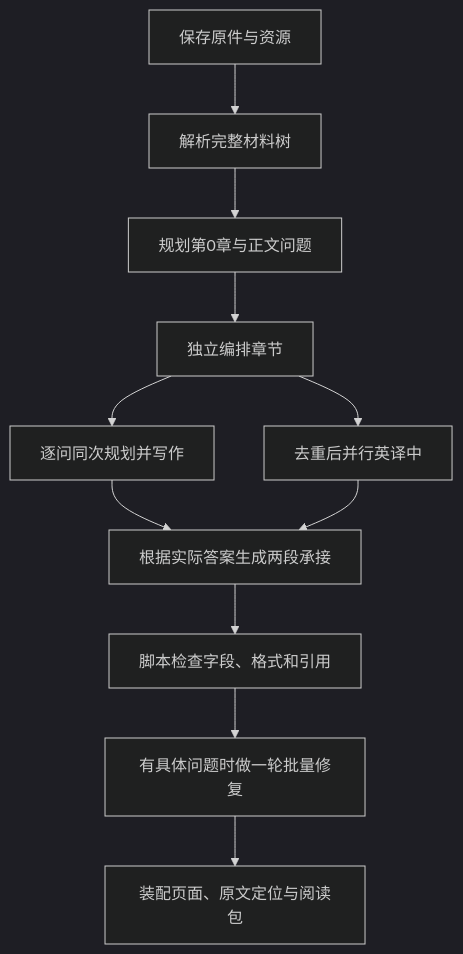
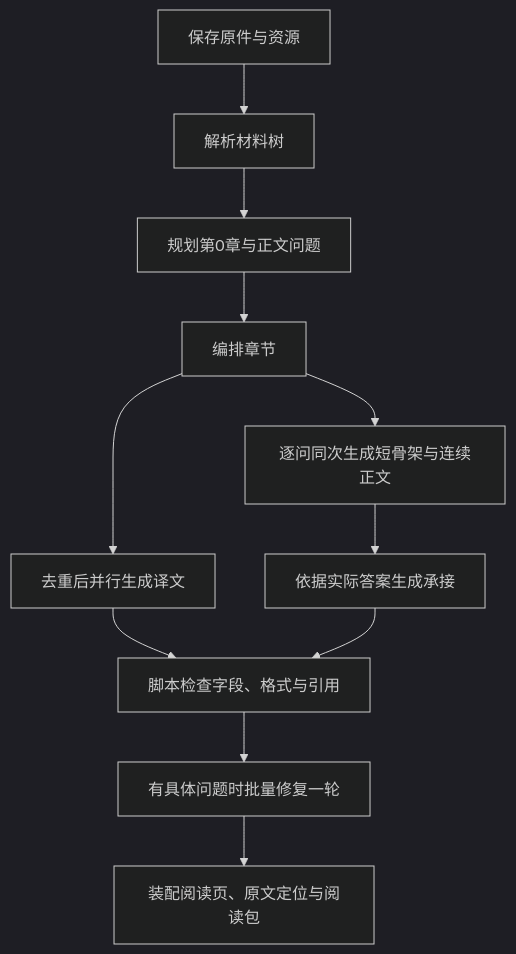
The diagram in README.md (AIALRA-0/AIALRA-LessonWeave), drawn with Mermaid (dark theme) before and after one commit. The commit also changed other lines of this file and 528 other files, not shown here.

````diff
--- a/README.md
+++ b/README.md
@@ -49,13 +53,14 @@
 ```mermaid
+%% 图示先保存和解析材料，再规划问题、写作、检查并装配读本
 flowchart TD
-    A[保存原件与资源] --> B[解析完整材料树]
+    A[保存原件与资源] --> B[解析材料树]
     B --> C[规划第0章与正文问题]
-    C --> D[独立编排章节]
-    D --> E[逐问同次规划并写作]
-    D --> T[去重后并行英译中]
-    E --> F[根据实际答案生成两段承接]
-    T --> F
-    F --> G[脚本检查字段、格式和引用]
-    G --> H[有具体问题时做一轮批量修复]
-    H --> I[装配页面、原文定位与阅读包]
+    C --> D[编排章节]
+    D --> E[逐问同次生成短骨架与连续正文]
+    D --> T[去重后并行生成译文]
+    E --> F[依据实际答案生成承接]
+    T --> G[脚本检查字段、格式与引用]
+    F --> G
+    G --> H[有具体问题时批量修复一轮]
+    H --> I[装配阅读页、原文定位与阅读包]
 ```
````
